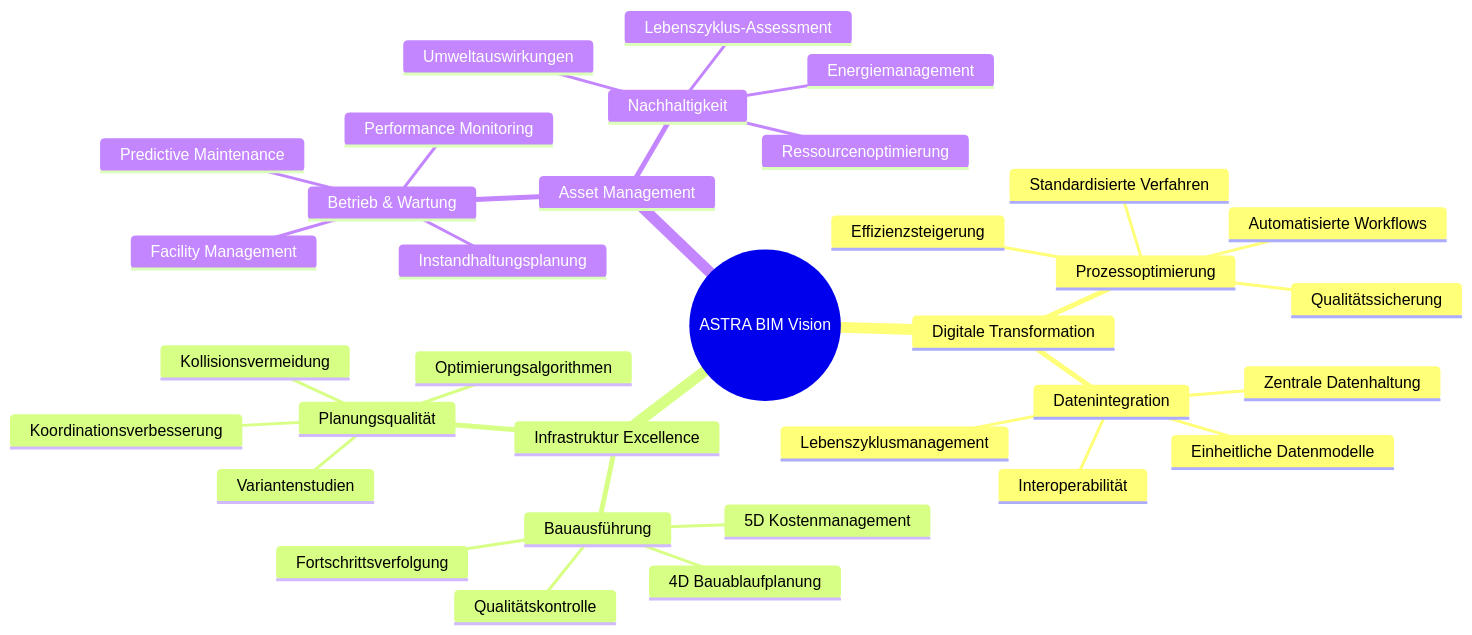
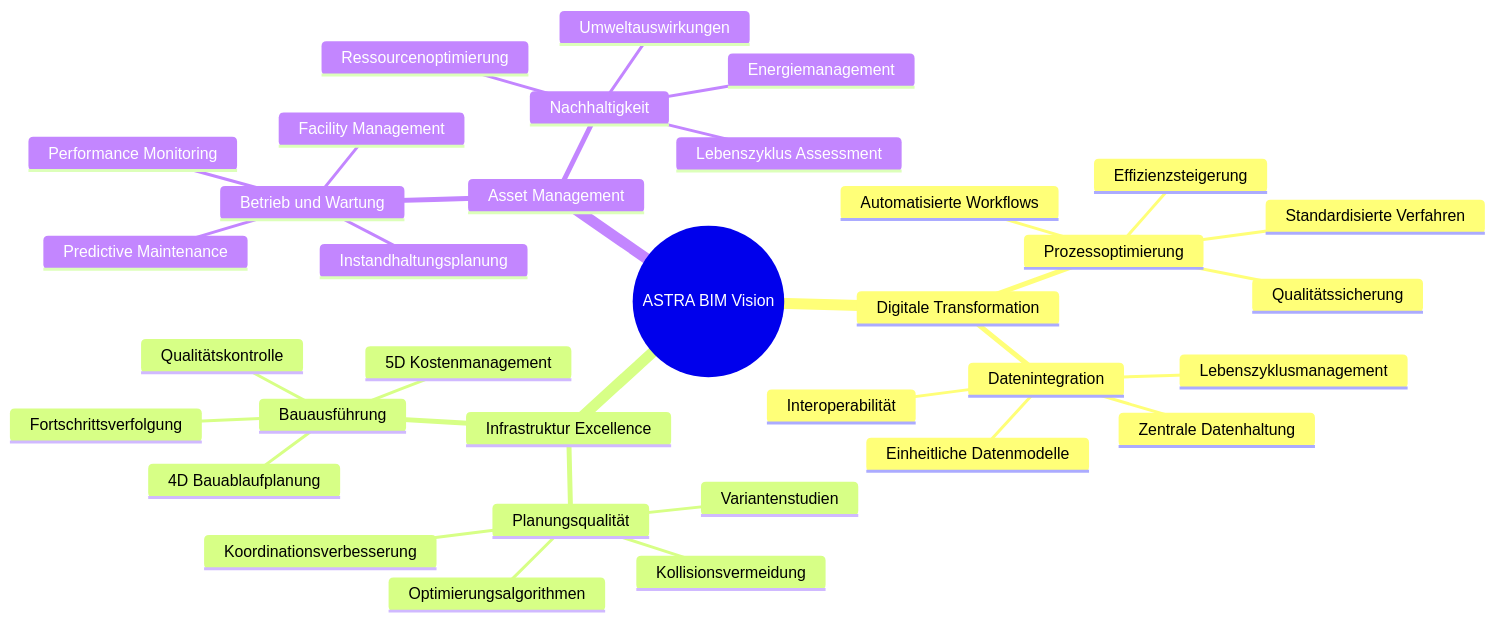
One commit to NikolayBorissovASTRA/bim changed the first of 13 diagrams in bim-anforderungen_infra.md. Above: the diagram before and after it, drawn with Mermaid. The commit also changed other lines of this file, not shown here.

````diff
--- a/bim-anforderungen_infra.md
+++ b/bim-anforderungen_infra.md
@@ -13,37 +13,37 @@
 ```mermaid
 mindmap
   root((ASTRA BIM Vision))
     Digitale Transformation
       Prozessoptimierung
         Automatisierte Workflows
         Standardisierte Verfahren
         Qualitätssicherung
         Effizienzsteigerung
       Datenintegration
         Einheitliche Datenmodelle
         Interoperabilität
         Zentrale Datenhaltung
         Lebenszyklusmanagement
     Infrastruktur Excellence
       Planungsqualität
         Kollisionsvermeidung
         Koordinationsverbesserung
         Variantenstudien
         Optimierungsalgorithmen
       Bauausführung
         4D Bauablaufplanung
         5D Kostenmanagement
         Qualitätskontrolle
         Fortschrittsverfolgung
     Asset Management
-      Betrieb & Wartung
+      Betrieb und Wartung
         Facility Management
         Instandhaltungsplanung
         Performance Monitoring
         Predictive Maintenance
       Nachhaltigkeit
-        Lebenszyklus-Assessment
+        Lebenszyklus Assessment
         Energiemanagement
         Umweltauswirkungen
         Ressourcenoptimierung
 ```
````
